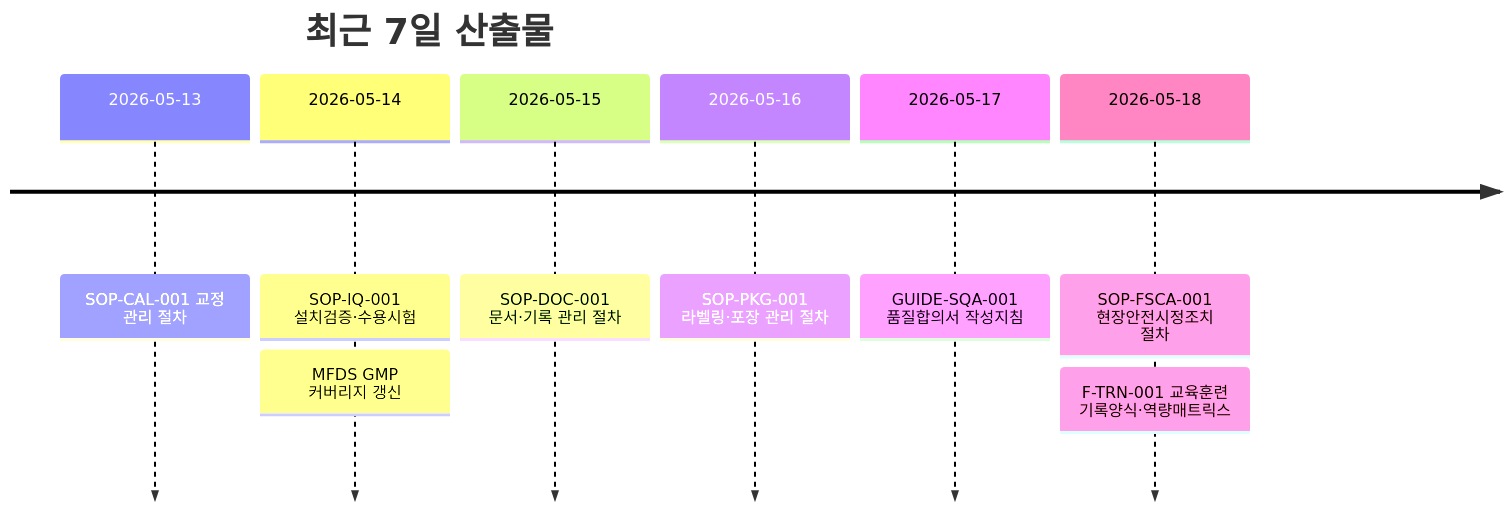
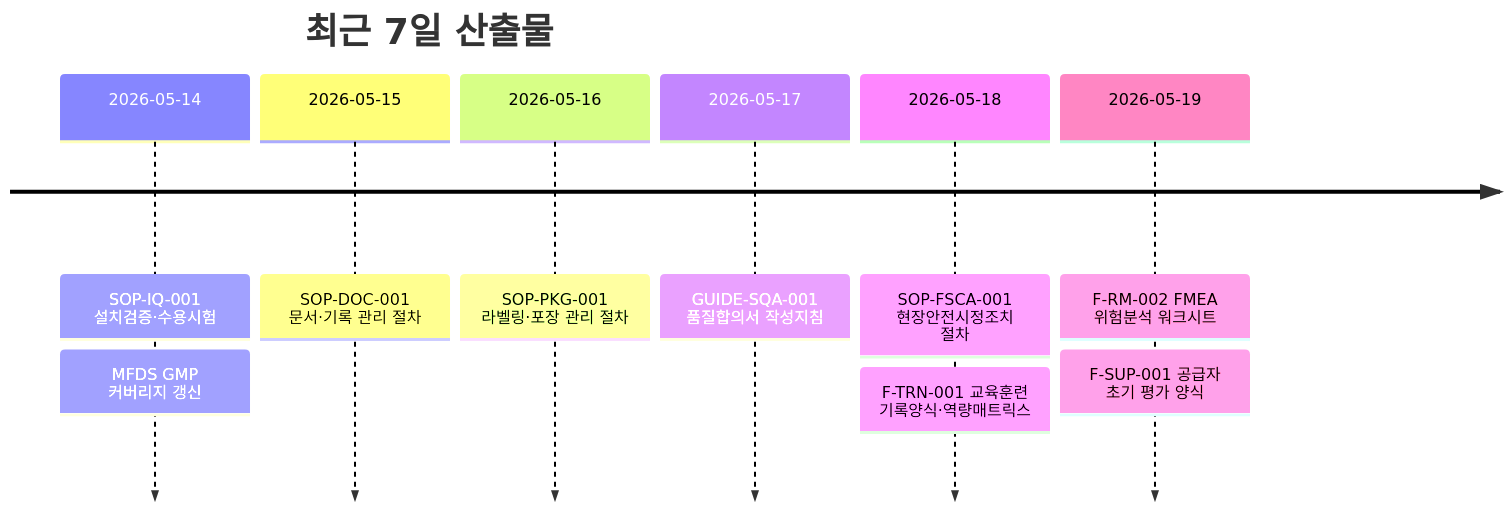
The third of 4 diagrams in README.md (holee9/MD-process), drawn with Mermaid before and after one commit. The commit also changed other lines of this file, not shown here.

````diff
--- a/README.md
+++ b/README.md
@@ -143,12 +143,13 @@
 ```mermaid
 timeline
     title 최근 7일 산출물
-    2026-05-13 : SOP-CAL-001 교정 관리 절차
     2026-05-14 : SOP-IQ-001 설치검증·수용시험
                : MFDS GMP 커버리지 갱신
     2026-05-15 : SOP-DOC-001 문서·기록 관리 절차
     2026-05-16 : SOP-PKG-001 라벨링·포장 관리 절차
     2026-05-17 : GUIDE-SQA-001 품질합의서 작성지침
     2026-05-18 : SOP-FSCA-001 현장안전시정조치 절차
                : F-TRN-001 교육훈련 기록양식·역량매트릭스
+    2026-05-19 : F-RM-002 FMEA 위험분석 워크시트
+               : F-SUP-001 공급자 초기 평가 양식
 ```
````
